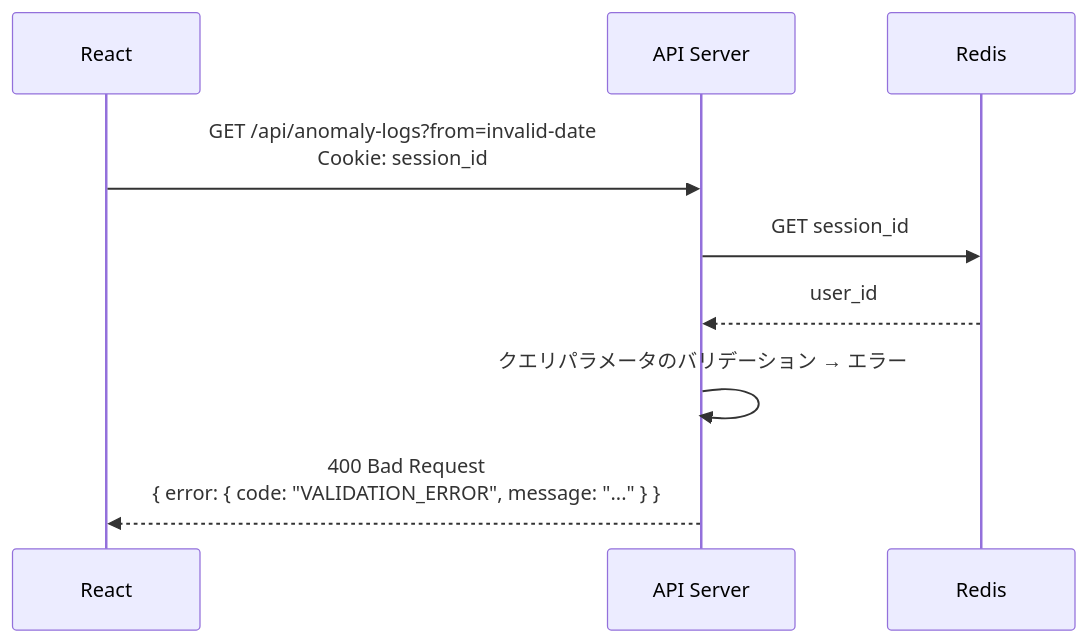
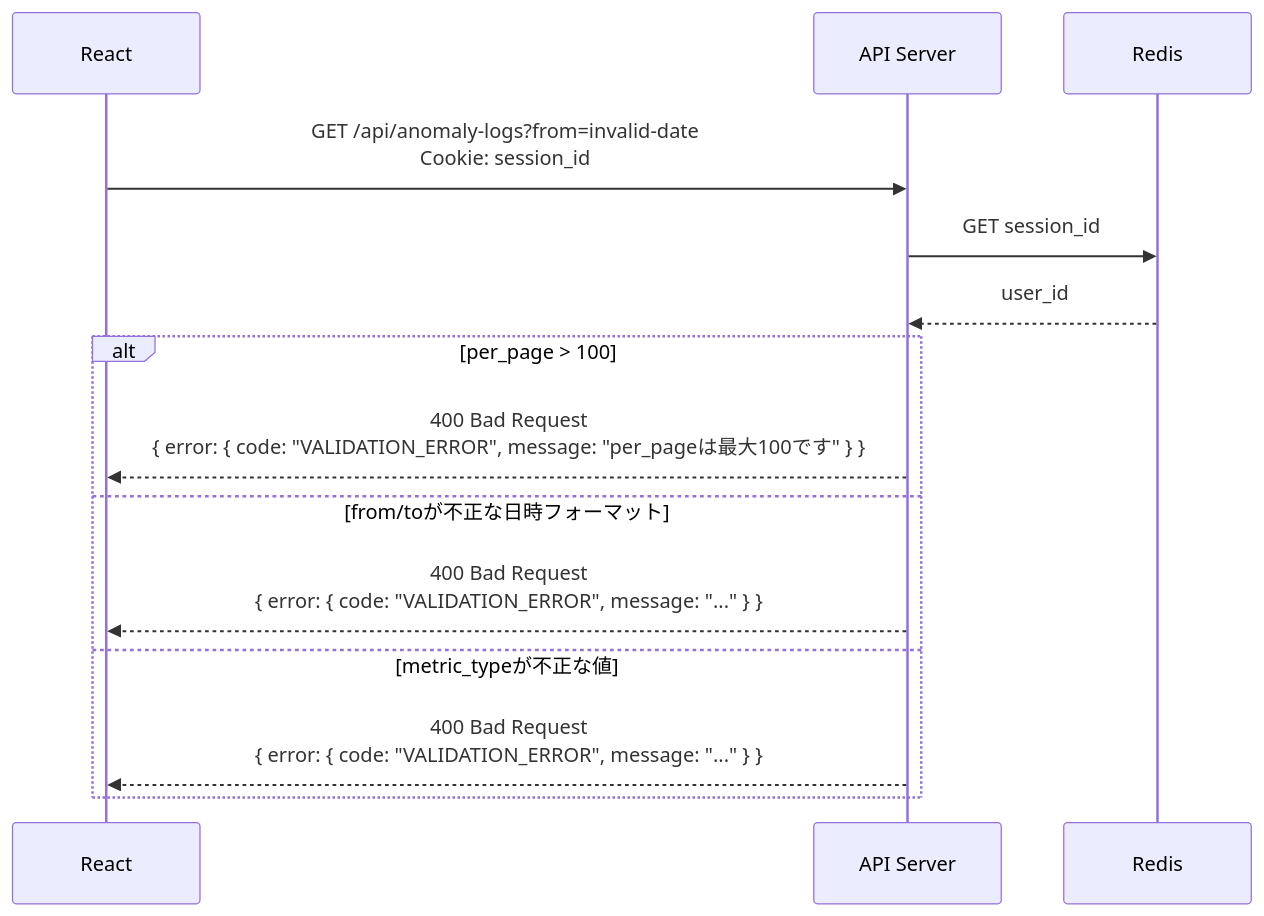
Before and after one commit to riaton/home-smart-factory: the fifth of 5 diagrams in basic_design/sequence/異常一覧表示.md, drawn with Mermaid. The commit also changed other lines of this file and 7 other files, not shown here.

````diff
--- a/basic_design/sequence/異常一覧表示.md
+++ b/basic_design/sequence/異常一覧表示.md
@@ -110,14 +112,18 @@
 ```mermaid
 sequenceDiagram
     participant React as React
     participant API as API Server
     participant Redis as Redis
 
     React->>API: GET /api/anomaly-logs?from=invalid-date<br/>Cookie: session_id
     API->>Redis: GET session_id
     Redis-->>API: user_id
 
-    API->>API: クエリパラメータのバリデーション → エラー
-
-    API-->>React: 400 Bad Request<br/>{ error: { code: "VALIDATION_ERROR", message: "..." } }
+    alt per_page > 100
+        API-->>React: 400 Bad Request<br/>{ error: { code: "VALIDATION_ERROR", message: "per_pageは最大100です" } }
+    else from/toが不正な日時フォーマット
+        API-->>React: 400 Bad Request<br/>{ error: { code: "VALIDATION_ERROR", message: "..." } }
+    else metric_typeが不正な値
+        API-->>React: 400 Bad Request<br/>{ error: { code: "VALIDATION_ERROR", message: "..." } }
+    end
 ```
````
